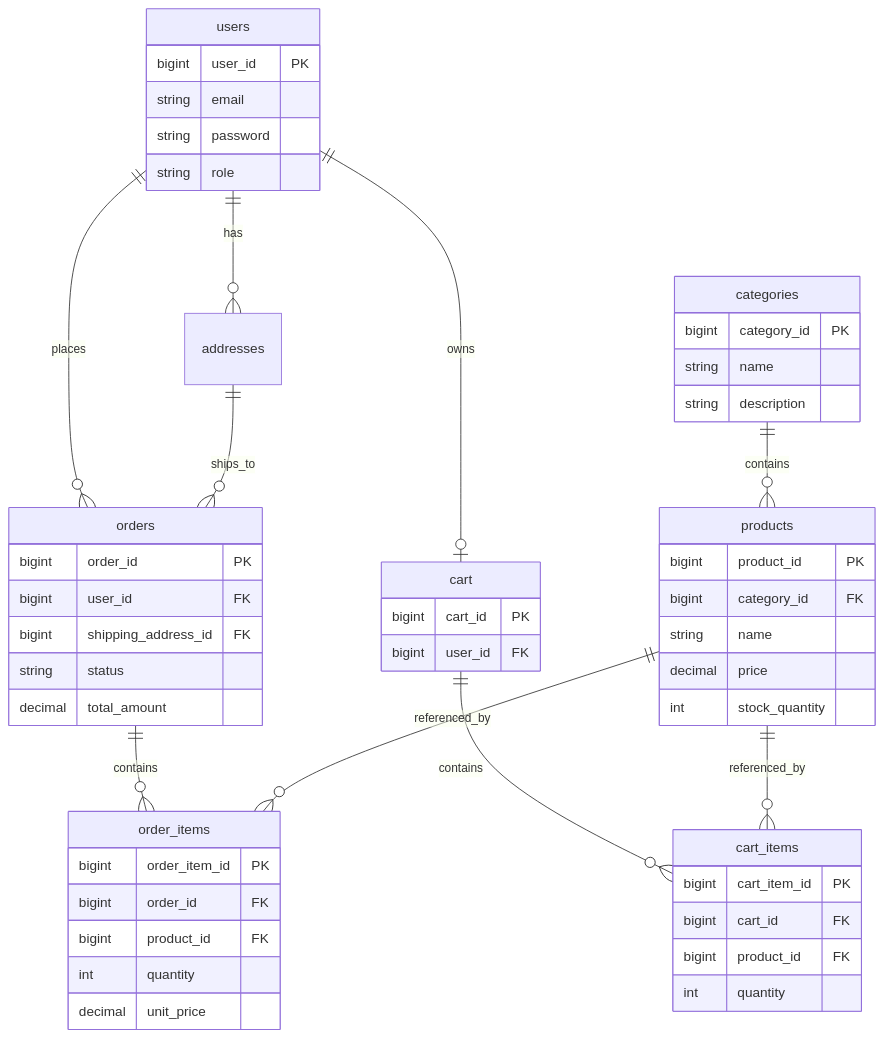
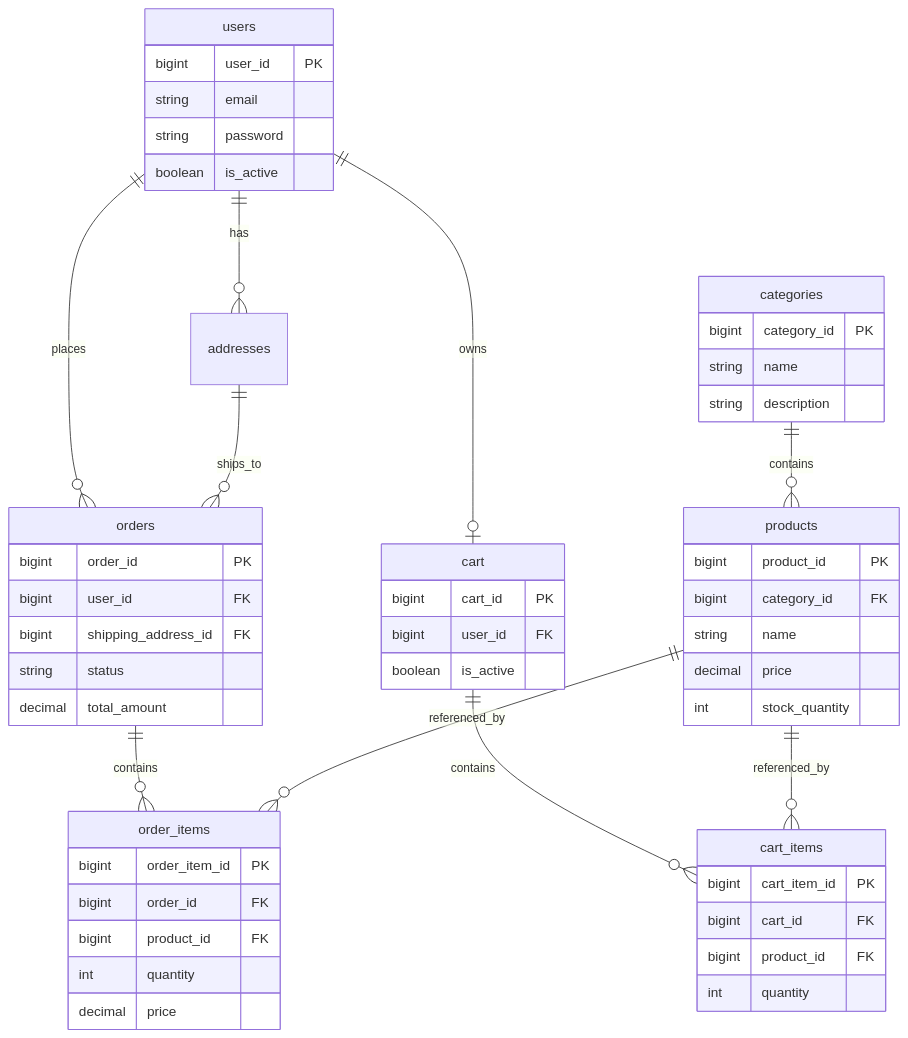
Before and after one commit to furqan-moin/E-Commerce-platform: the second of 2 diagrams in FEATURE_ROADMAP.md, drawn with Mermaid. The commit also changed other lines of this file and 1 other file, not shown here.

Commit message:
FEAT(Roadmap): updated the roadmap and project plan.

````diff
--- a/FEATURE_ROADMAP.md
+++ b/FEATURE_ROADMAP.md
@@ -67,55 +77,56 @@
 ```mermaid
 erDiagram
     users ||--o{ addresses : has
     users ||--o| cart : owns
     users ||--o{ orders : places
     categories ||--o{ products : contains
     cart ||--o{ cart_items : contains
     products ||--o{ cart_items : referenced_by
     orders ||--o{ order_items : contains
     products ||--o{ order_items : referenced_by
     addresses ||--o{ orders : ships_to
 
     users {
         bigint user_id PK
         string email
         string password
-        string role
+        boolean is_active
     }
     categories {
         bigint category_id PK
         string name
         string description
     }
     products {
         bigint product_id PK
         bigint category_id FK
         string name
         decimal price
         int stock_quantity
     }
     cart {
         bigint cart_id PK
         bigint user_id FK
+        boolean is_active
     }
     cart_items {
         bigint cart_item_id PK
         bigint cart_id FK
         bigint product_id FK
         int quantity
     }
     orders {
         bigint order_id PK
         bigint user_id FK
         bigint shipping_address_id FK
         string status
         decimal total_amount
     }
     order_items {
         bigint order_item_id PK
         bigint order_id FK
         bigint product_id FK
         int quantity
-        decimal unit_price
+        decimal price
     }
 ```
````
